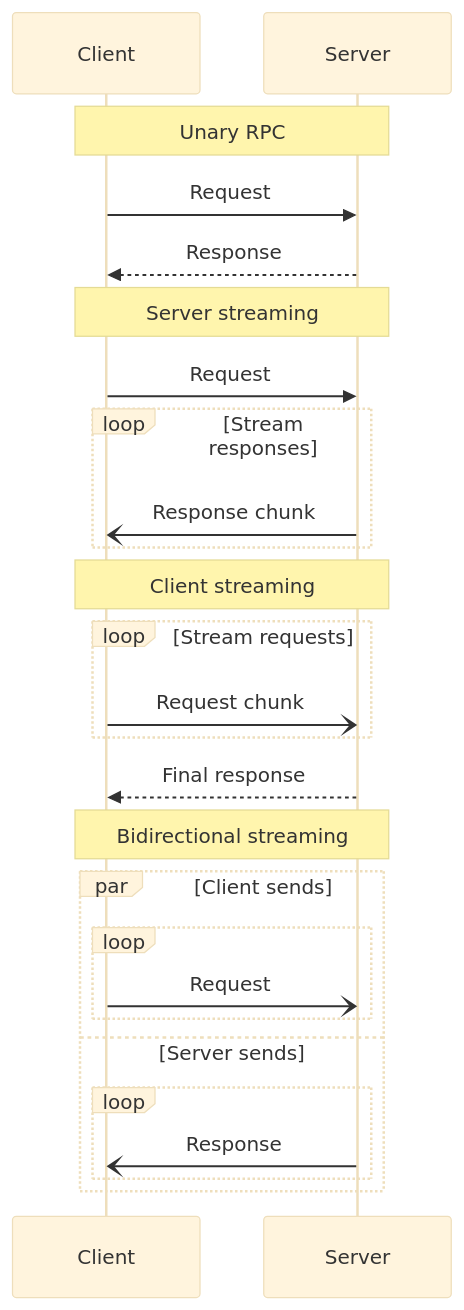
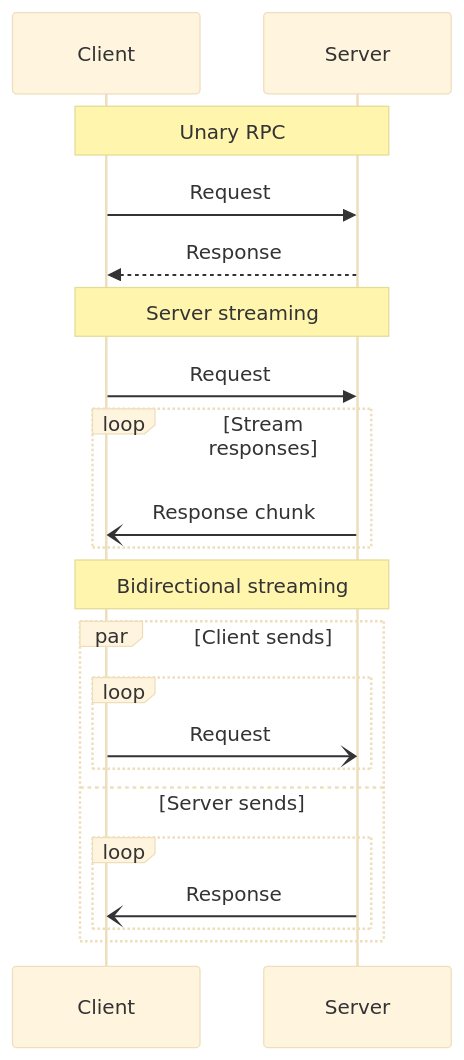
One commit to marcusquinn/aidevops changed the tenth of 10 diagrams in .agents/tools/diagrams/mermaid-diagrams-skill/sequence.md. Above: the diagram before and after it, drawn with Mermaid (base theme). The commit also changed other lines of this file, not shown here.

First line of the commit message:
refactor: tighten sequence.md from 408 to 240 lines (41% reduction)

````diff
--- a/.agents/tools/diagrams/mermaid-diagrams-skill/sequence.md
+++ b/.agents/tools/diagrams/mermaid-diagrams-skill/sequence.md
@@ -377,32 +215,26 @@
 ```mermaid
 sequenceDiagram
     participant C as Client
     participant S as Server
 
     Note over C,S: Unary RPC
     C->>S: Request
     S-->>C: Response
 
     Note over C,S: Server streaming
     C->>S: Request
     loop Stream responses
         S-)C: Response chunk
     end
 
-    Note over C,S: Client streaming
-    loop Stream requests
-        C-)S: Request chunk
-    end
-    S-->>C: Final response
-
     Note over C,S: Bidirectional streaming
     par Client sends
         loop
             C-)S: Request
         end
     and Server sends
         loop
             S-)C: Response
         end
     end
 ```
````
